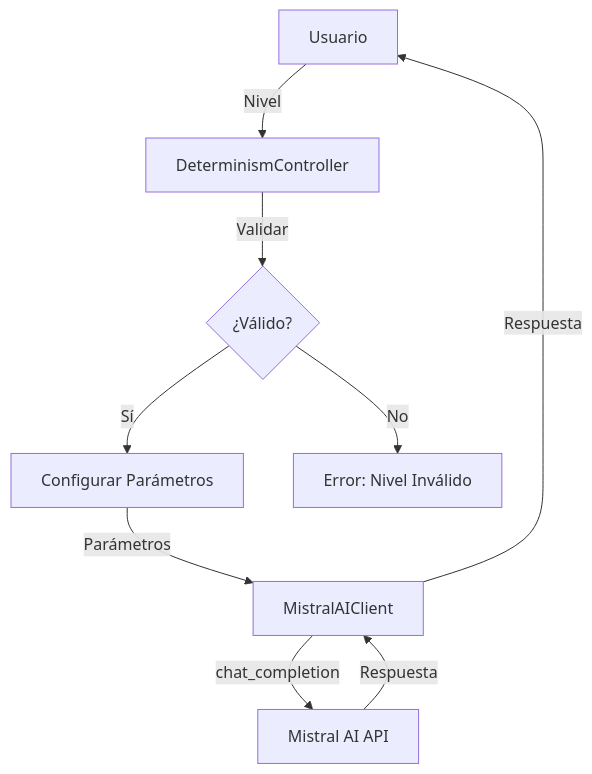
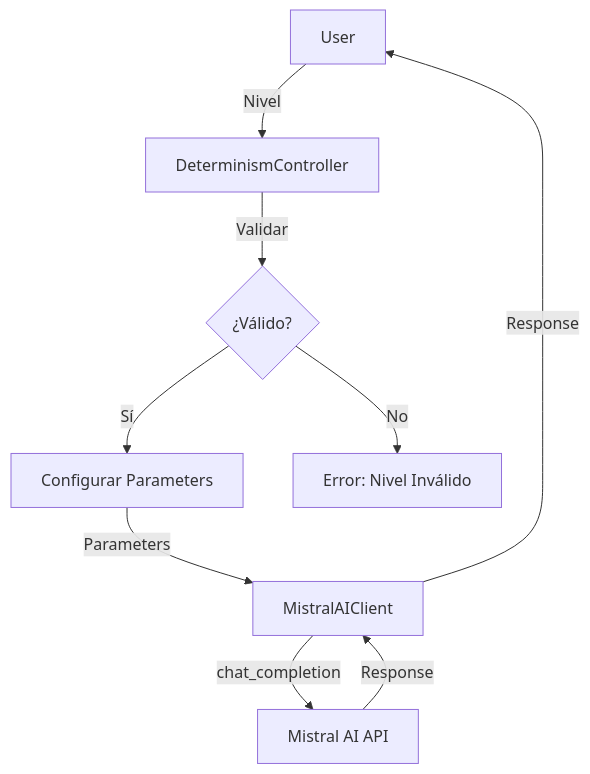
One commit to ibitato/MistralAITests changed the second of 2 diagrams in docs/DETERMINISM_GUIDE.md. Above: the diagram before and after it, drawn with Mermaid. The commit also changed other lines of this file and 6 other files, not shown here.

````diff
--- a/docs/DETERMINISM_GUIDE.md
+++ b/docs/DETERMINISM_GUIDE.md
@@ -189,11 +189,11 @@
 ```mermaid
 flowchart TD
-    A[Usuario] -->|Nivel| B[DeterminismController]
+    A[User] -->|Nivel| B[DeterminismController]
     B -->|Validar| C{¿Válido?}
-    C -->|Sí| D[Configurar Parámetros]
+    C -->|Sí| D[Configurar Parameters]
     C -->|No| E[Error: Nivel Inválido]
-    D -->|Parámetros| F[MistralAIClient]
+    D -->|Parameters| F[MistralAIClient]
     F -->|chat_completion| G[Mistral AI API]
-    G -->|Respuesta| F
-    F -->|Respuesta| A
+    G -->|Response| F
+    F -->|Response| A
 ```
````
